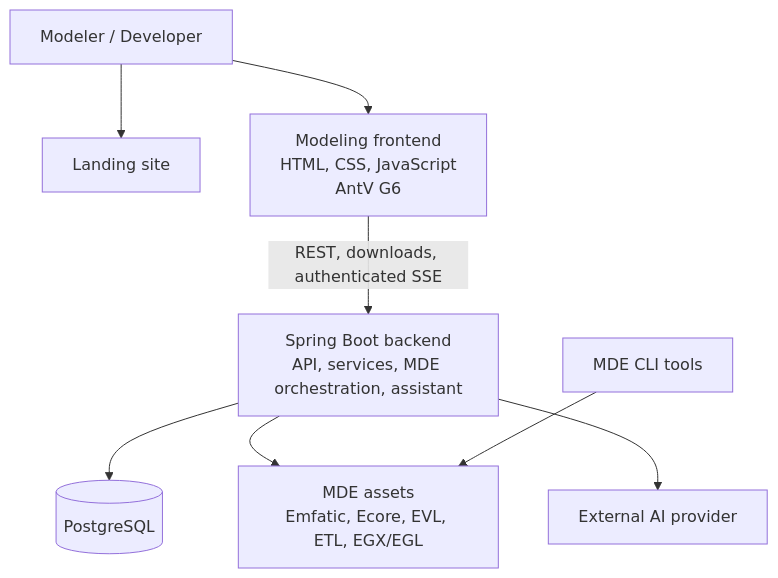
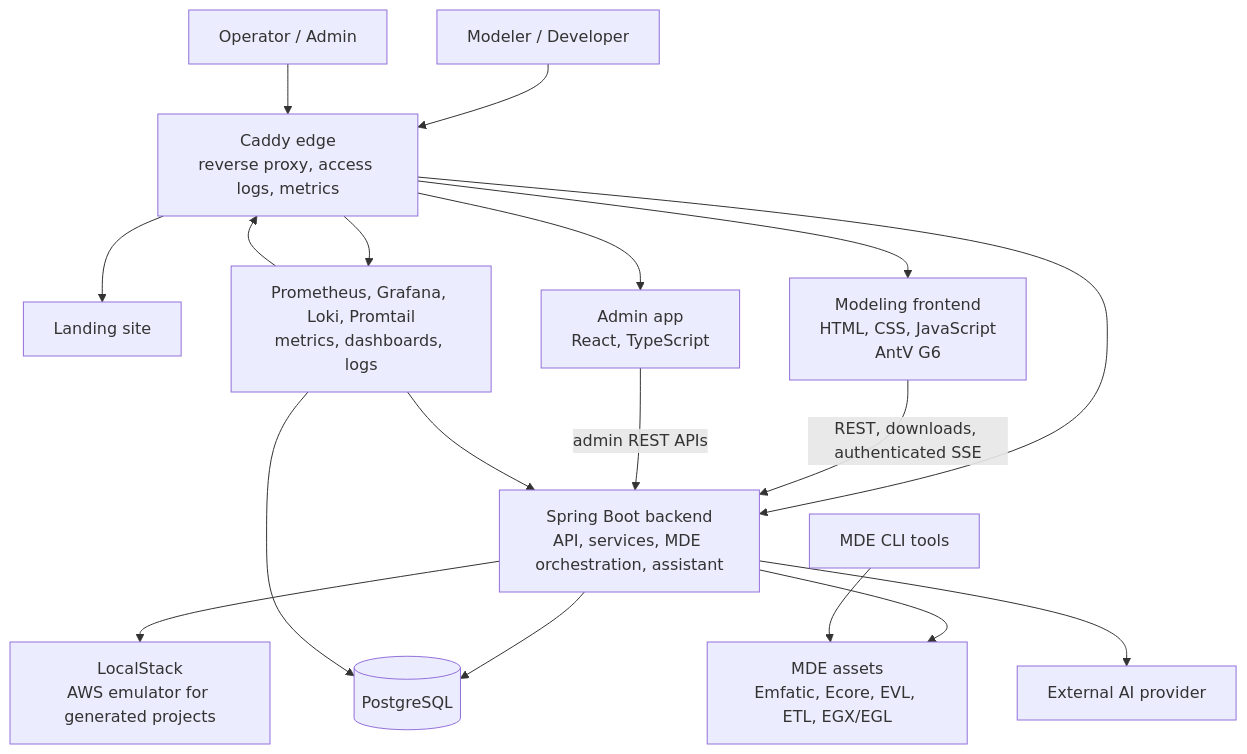
The diagram in docs/public-docs/docs/architecture/system.md (mehdieidi/modriss), drawn with Mermaid before and after one commit. The commit also changed other lines of this file and 8 other files, not shown here.

Commit message:
docs: enhance deployment and runtime documentation; add observability pipeline and local development workflow details

````diff
--- a/docs/public-docs/docs/architecture/system.md
+++ b/docs/public-docs/docs/architecture/system.md
@@ -3,19 +3,34 @@
 ```mermaid
 flowchart TB
     User["Modeler / Developer"]
+    Operator["Operator / Admin"]
+    Caddy["Caddy edge<br/>reverse proxy, access logs, metrics"]
     Landing["Landing site"]
     Frontend["Modeling frontend<br/>HTML, CSS, JavaScript<br/>AntV G6"]
+    Admin["Admin app<br/>React, TypeScript"]
     Backend["Spring Boot backend<br/>API, services, MDE orchestration, assistant"]
     DB[("PostgreSQL")]
     MDE["MDE assets<br/>Emfatic, Ecore, EVL, ETL, EGX/EGL"]
+    Observability["Prometheus, Grafana, Loki, Promtail<br/>metrics, dashboards, logs"]
+    LocalStack["LocalStack<br/>AWS emulator for generated projects"]
     AI["External AI provider"]
     CLIs["MDE CLI tools"]
 
-    User --> Landing
-    User --> Frontend
+    User --> Caddy
+    Operator --> Caddy
+    Caddy --> Landing
+    Caddy --> Frontend
+    Caddy --> Admin
+    Caddy --> Backend
+    Caddy --> Observability
     Frontend -->|"REST, downloads, authenticated SSE"| Backend
+    Admin -->|"admin REST APIs"| Backend
     Backend --> DB
     Backend --> MDE
+    Backend --> LocalStack
     Backend --> AI
+    Observability --> Backend
+    Observability --> Caddy
+    Observability --> DB
     CLIs --> MDE
 ```
````
